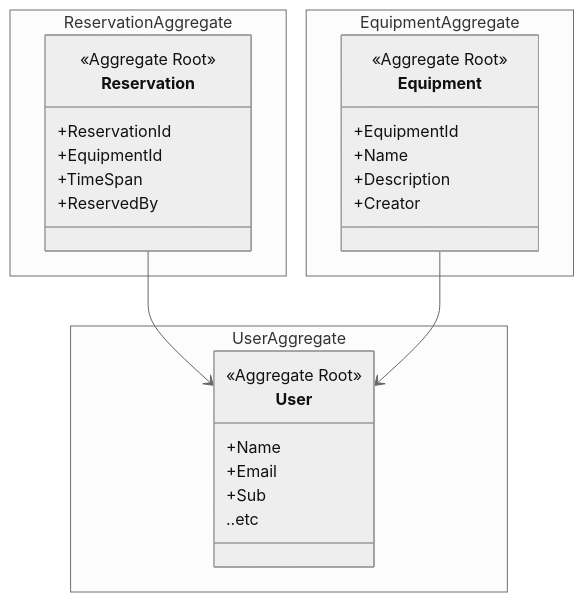
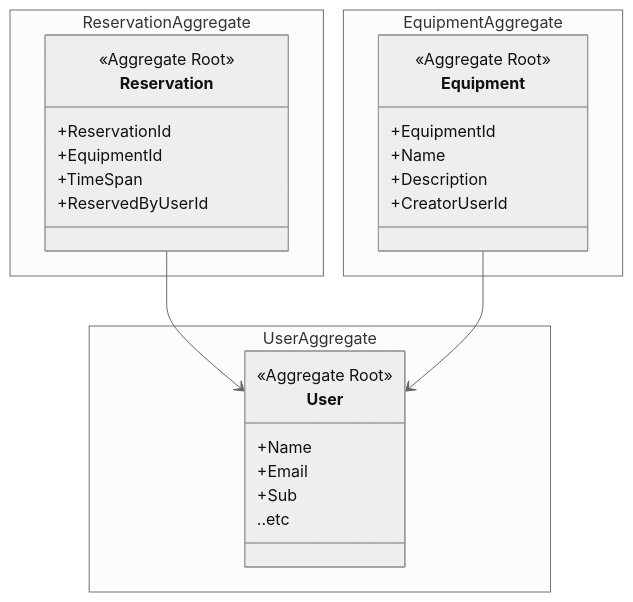
The diagram in DDD-Document.md (JoonasKajava/microservices-and-containers), drawn with Mermaid (neutral theme) before and after one commit. The commit also changed other lines of this file and 7 other files, not shown here.

````diff
--- a/DDD-Document.md
+++ b/DDD-Document.md
@@ -53,35 +60,35 @@
 ```mermaid
 classDiagram
     namespace ReservationAggregate {
         class Reservation {
             <<Aggregate Root>>
             +ReservationId
             +EquipmentId
             +TimeSpan
-            +ReservedBy
+            +ReservedByUserId
         }
     }
 
     namespace EquipmentAggregate {
         class Equipment {
             <<Aggregate Root>>
             +EquipmentId
             +Name
             +Description
-            +Creator
+            +CreatorUserId
         }
     }
 
     namespace UserAggregate {
         class User {
             <<Aggregate Root>>
             +Name
             +Email
             +Sub
             ..etc
         }
     }
 
     Reservation --> User
     Equipment --> User
 ```
````
